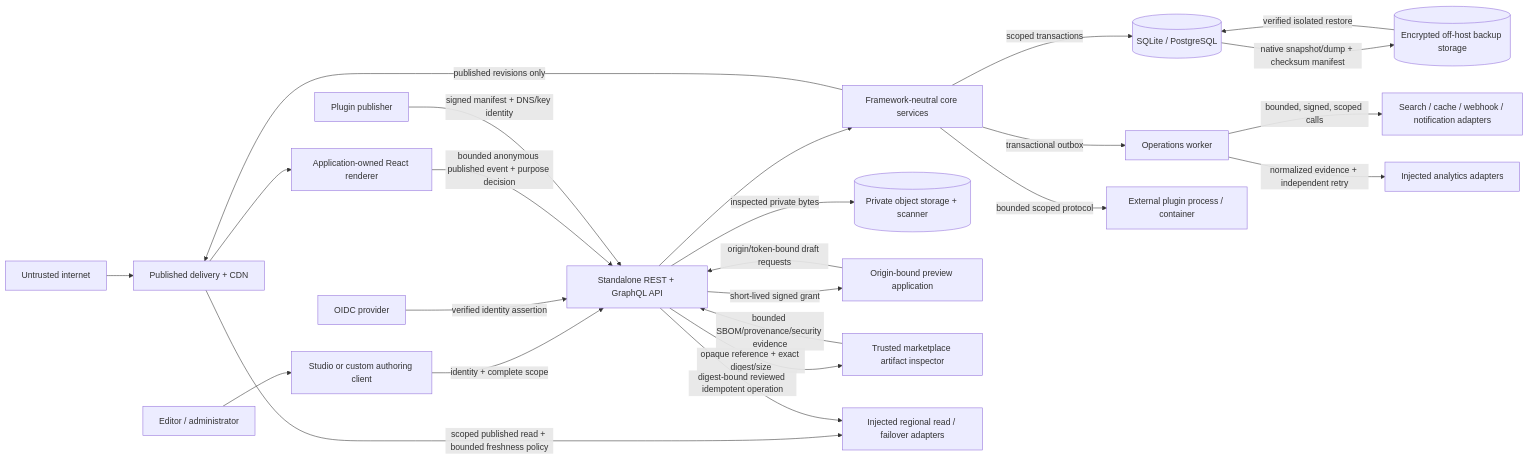
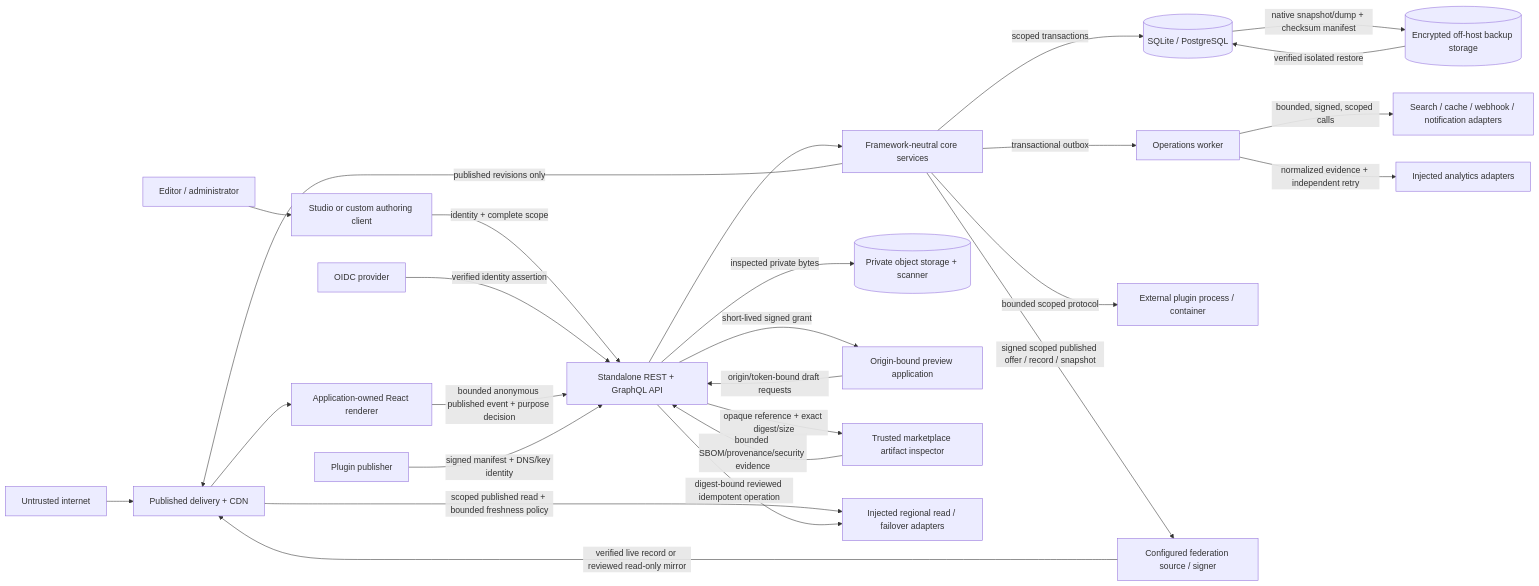
One commit to Seance1723/GridStory changed the diagram in docs/security/threat-model.md. Above: the diagram before and after it, drawn with Mermaid. The commit also changed other lines of this file and 34 other files, not shown here.

Commit message:
feat: add signed content federation

````diff
--- a/docs/security/threat-model.md
+++ b/docs/security/threat-model.md
@@ -9,46 +9,49 @@
 ```mermaid
 flowchart LR
   internet["Untrusted internet"]
   editor["Editor / administrator"]
   studio["Studio or custom authoring client"]
   api["Standalone REST + GraphQL API"]
   core["Framework-neutral core services"]
   db[("SQLite / PostgreSQL")]
   worker["Operations worker"]
   adapters["Search / cache / webhook / notification adapters"]
   analytics["Injected analytics adapters"]
   object[("Private object storage + scanner")]
   preview["Origin-bound preview application"]
   delivery["Published delivery + CDN"]
   app["Application-owned React renderer"]
   idp["OIDC provider"]
   publisher["Plugin publisher"]
   scanner["Trusted marketplace artifact inspector"]
   plugin["External plugin process / container"]
   backup[("Encrypted off-host backup storage")]
   regional["Injected regional read / failover adapters"]
+  federation["Configured federation source / signer"]
 
   editor --> studio
   internet --> delivery
   studio -->|"identity + complete scope"| api
   idp -->|"verified identity assertion"| api
   api --> core
   core -->|"scoped transactions"| db
   core -->|"transactional outbox"| worker
   worker -->|"bounded, signed, scoped calls"| adapters
   api -->|"inspected private bytes"| object
   api -->|"short-lived signed grant"| preview
   preview -->|"origin/token-bound draft requests"| api
   core -->|"published revisions only"| delivery
   delivery --> app
   app -->|"bounded anonymous published event + purpose decision"| api
   worker -->|"normalized evidence + independent retry"| analytics
   publisher -->|"signed manifest + DNS/key identity"| api
   api -->|"opaque reference + exact digest/size"| scanner
   scanner -->|"bounded SBOM/provenance/security evidence"| api
   core -->|"bounded scoped protocol"| plugin
   db -->|"native snapshot/dump + checksum manifest"| backup
   backup -->|"verified isolated restore"| db
   delivery -->|"scoped published read + bounded freshness policy"| regional
   api -->|"digest-bound reviewed idempotent operation"| regional
+  core -->|"signed scoped published offer / record / snapshot"| federation
+  federation -->|"verified live record or reviewed read-only mirror"| delivery
 ```
````
